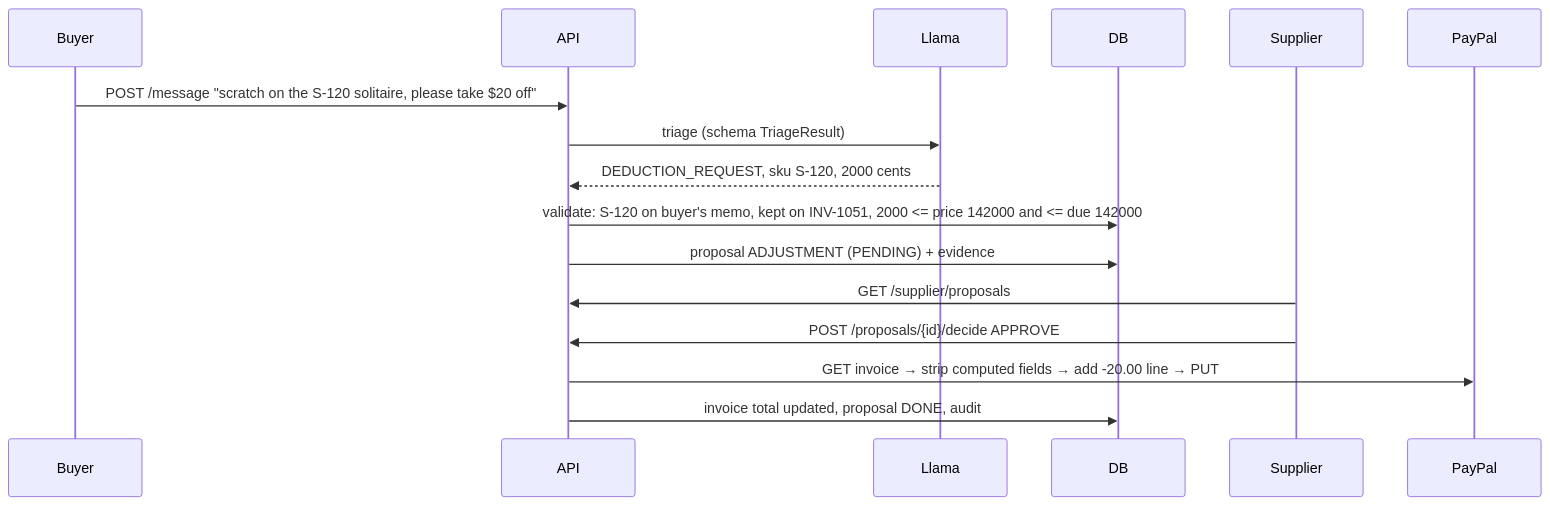
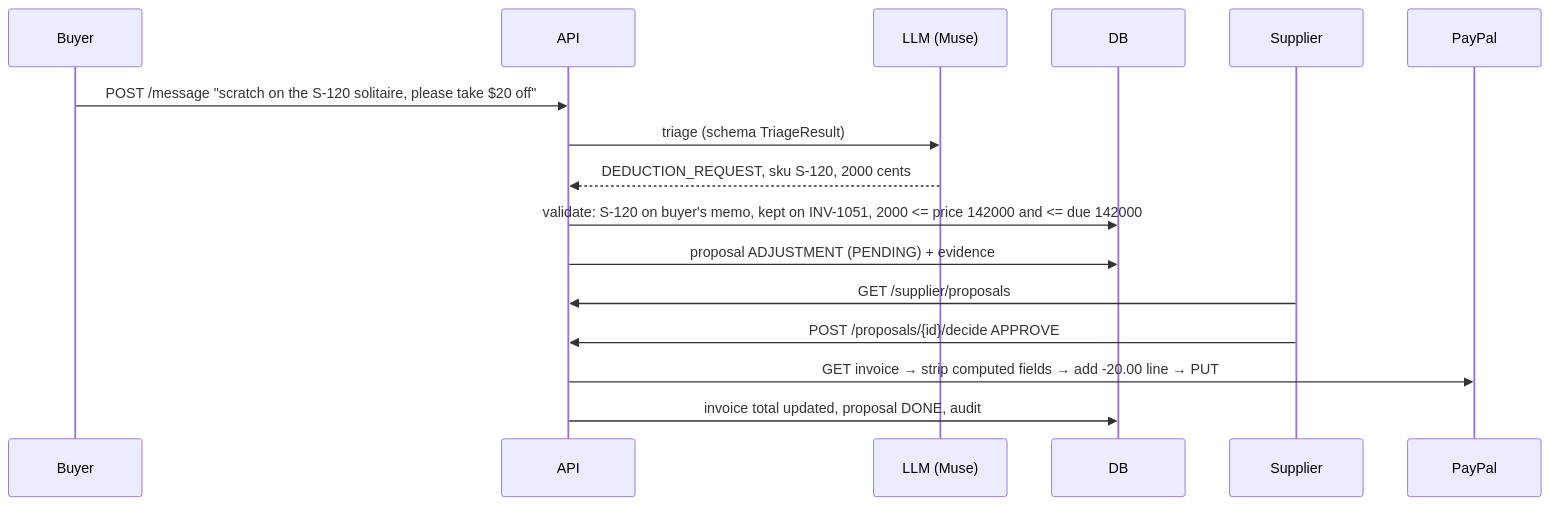
Before and after one commit to Bhargavi2212/memo-to-cash: the third of 3 diagrams in docs/APP_FLOW.md, drawn with Mermaid. The commit also changed other lines of this file and 6 other files, not shown here.

First line of the commit message:
docs: switch LLM to Meta Model API (muse-ember-1.0), close open checks 5 and 7

````diff
--- a/docs/APP_FLOW.md
+++ b/docs/APP_FLOW.md
@@ -79,18 +79,18 @@
 ```mermaid
 sequenceDiagram
   participant B as Buyer
   participant A as API
-  participant L as Llama
+  participant L as LLM (Muse)
   participant D as DB
   participant S as Supplier
   participant P as PayPal
   B->>A: POST /message "scratch on the S-120 solitaire, please take $20 off"
   A->>L: triage (schema TriageResult)
   L-->>A: DEDUCTION_REQUEST, sku S-120, 2000 cents
   A->>D: validate: S-120 on buyer's memo, kept on INV-1051, 2000 <= price 142000 and <= due 142000
   A->>D: proposal ADJUSTMENT (PENDING) + evidence
   S->>A: GET /supplier/proposals
   S->>A: POST /proposals/{id}/decide APPROVE
   A->>P: GET invoice → strip computed fields → add -20.00 line → PUT
   A->>D: invoice total updated, proposal DONE, audit
 ```
````
